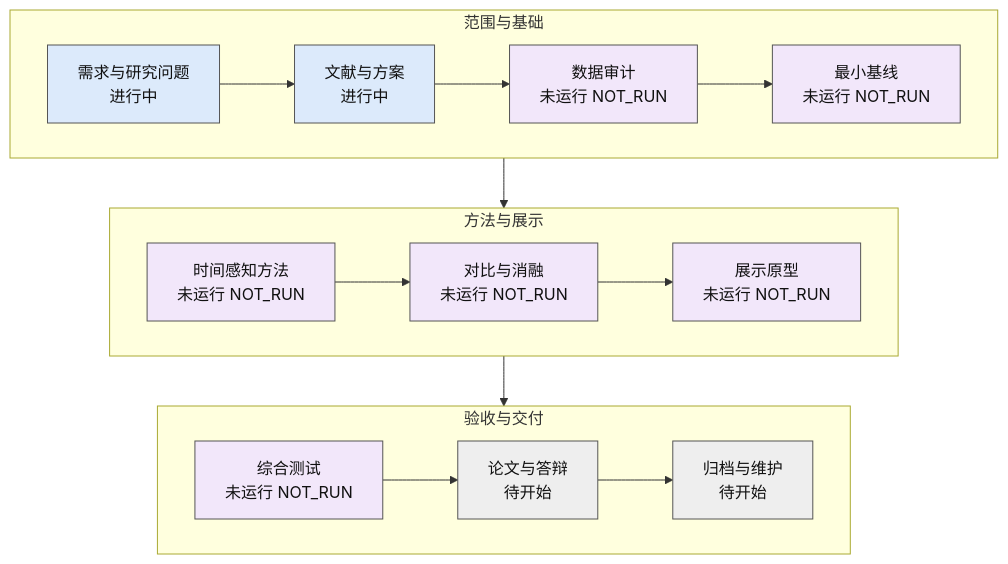
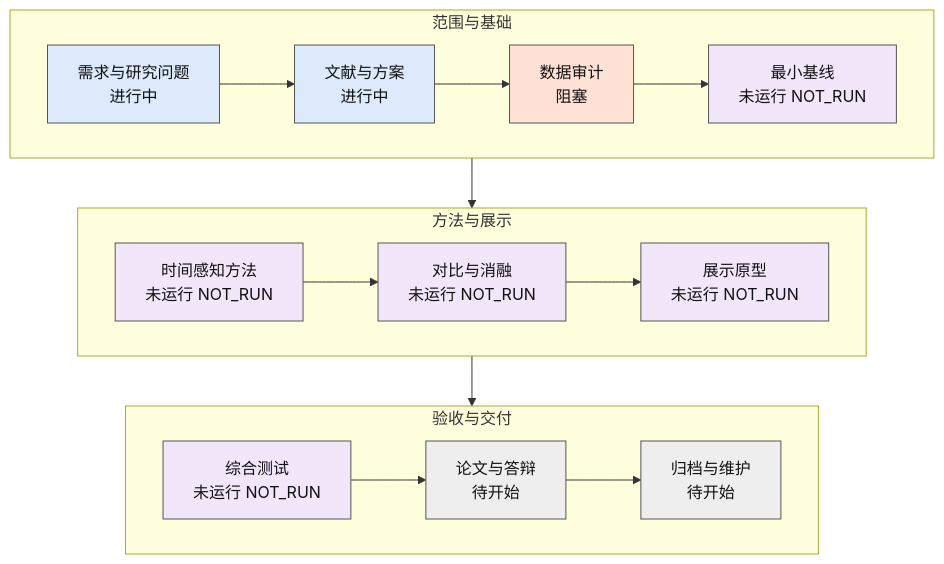
Before and after one commit to QCYM-qcym/HITWH-Computer-Science-Department-of-Harbin-Institute-of-Technology: the diagram in README.md, drawn with Mermaid. The commit also changed other lines of this file and 5 other files, not shown here.

````diff
--- a/README.md
+++ b/README.md
@@ -12,31 +12,31 @@
 ```mermaid
 flowchart TB
   subgraph G0["范围与基础"]
     direction LR
     S0["需求与研究问题<br/>进行中"]:::active
     S1["文献与方案<br/>进行中"]:::active
-    S2["数据审计<br/>未运行 NOT_RUN"]:::notrun
+    S2["数据审计<br/>阻塞"]:::blocked
     S3["最小基线<br/>未运行 NOT_RUN"]:::notrun
     S0 --> S1 --> S2 --> S3
   end
   subgraph G1["方法与展示"]
     direction LR
     S4["时间感知方法<br/>未运行 NOT_RUN"]:::notrun
     S5["对比与消融<br/>未运行 NOT_RUN"]:::notrun
     S6["展示原型<br/>未运行 NOT_RUN"]:::notrun
     S4 --> S5 --> S6
   end
   subgraph G2["验收与交付"]
     direction LR
     S7["综合测试<br/>未运行 NOT_RUN"]:::notrun
     S8["论文与答辩<br/>待开始"]:::planned
     S9["归档与维护<br/>待开始"]:::planned
     S7 --> S8 --> S9
   end
   G0 --> G1 --> G2
   classDef done fill:#d8efdf,stroke:#555,color:#111
   classDef active fill:#dceafb,stroke:#555,color:#111
   classDef planned fill:#eeeeee,stroke:#555,color:#111
   classDef blocked fill:#ffe1d6,stroke:#555,color:#111
   classDef notrun fill:#f2e7fa,stroke:#555,color:#111
 ```
````
